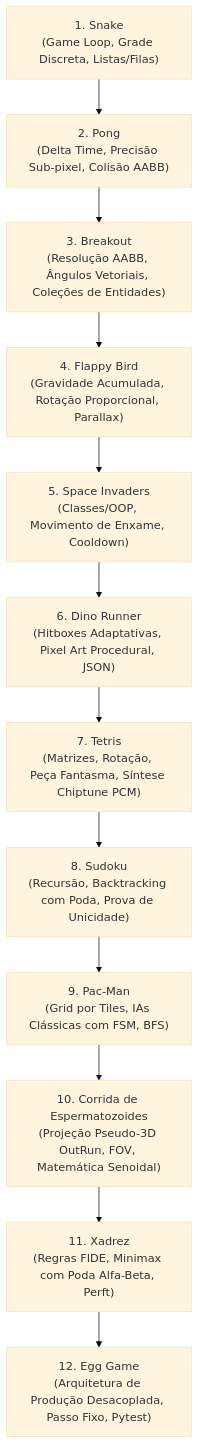
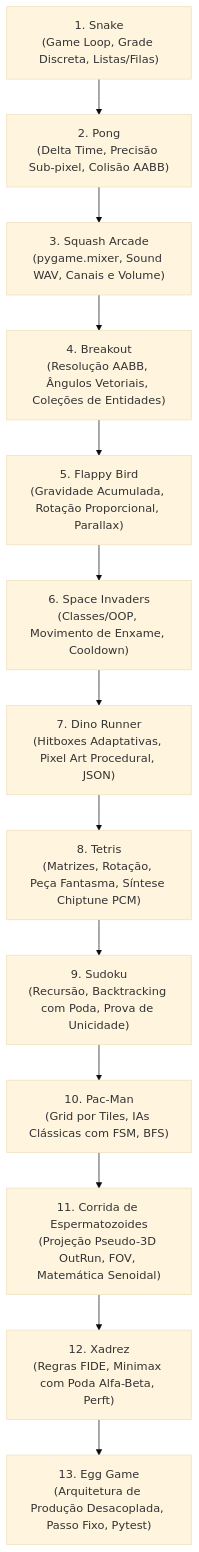
One commit to elzobrito/jogos-python changed the diagram in README.md. Above: the diagram before and after it, drawn with Mermaid (base theme). The commit also changed other lines of this file and 8 other files, not shown here.

Commit message:
Adiciona Squash Arcade (som no jogo) entre Pong e Breakout

````diff
--- a/README.md
+++ b/README.md
@@ -495,14 +530,15 @@
 ```mermaid
 flowchart TD
     A["1. Snake<br/>(Game Loop, Grade Discreta, Listas/Filas)"] --> B["2. Pong<br/>(Delta Time, Precisão Sub-pixel, Colisão AABB)"]
-    B --> C["3. Breakout<br/>(Resolução AABB, Ângulos Vetoriais, Coleções de Entidades)"]
-    C --> D["4. Flappy Bird<br/>(Gravidade Acumulada, Rotação Proporcional, Parallax)"]
-    D --> E["5. Space Invaders<br/>(Classes/OOP, Movimento de Enxame, Cooldown)"]
-    E --> F["6. Dino Runner<br/>(Hitboxes Adaptativas, Pixel Art Procedural, JSON)"]
-    F --> G["7. Tetris<br/>(Matrizes, Rotação, Peça Fantasma, Síntese Chiptune PCM)"]
-    G --> H["8. Sudoku<br/>(Recursão, Backtracking com Poda, Prova de Unicidade)"]
-    H --> I["9. Pac-Man<br/>(Grid por Tiles, IAs Clássicas com FSM, BFS)"]
-    I --> J["10. Corrida de Espermatozoides<br/>(Projeção Pseudo-3D OutRun, FOV, Matemática Senoidal)"]
-    J --> K["11. Xadrez<br/>(Regras FIDE, Minimax com Poda Alfa-Beta, Perft)"]
-    K --> L["12. Egg Game<br/>(Arquitetura de Produção Desacoplada, Passo Fixo, Pytest)"]
+    B --> C["3. Squash Arcade<br/>(pygame.mixer, Sound WAV, Canais e Volume)"]
+    C --> D["4. Breakout<br/>(Resolução AABB, Ângulos Vetoriais, Coleções de Entidades)"]
+    D --> E["5. Flappy Bird<br/>(Gravidade Acumulada, Rotação Proporcional, Parallax)"]
+    E --> F["6. Space Invaders<br/>(Classes/OOP, Movimento de Enxame, Cooldown)"]
+    F --> G["7. Dino Runner<br/>(Hitboxes Adaptativas, Pixel Art Procedural, JSON)"]
+    G --> H["8. Tetris<br/>(Matrizes, Rotação, Peça Fantasma, Síntese Chiptune PCM)"]
+    H --> I["9. Sudoku<br/>(Recursão, Backtracking com Poda, Prova de Unicidade)"]
+    I --> J["10. Pac-Man<br/>(Grid por Tiles, IAs Clássicas com FSM, BFS)"]
+    J --> K["11. Corrida de Espermatozoides<br/>(Projeção Pseudo-3D OutRun, FOV, Matemática Senoidal)"]
+    K --> L["12. Xadrez<br/>(Regras FIDE, Minimax com Poda Alfa-Beta, Perft)"]
+    L --> M["13. Egg Game<br/>(Arquitetura de Produção Desacoplada, Passo Fixo, Pytest)"]
 ```
````
